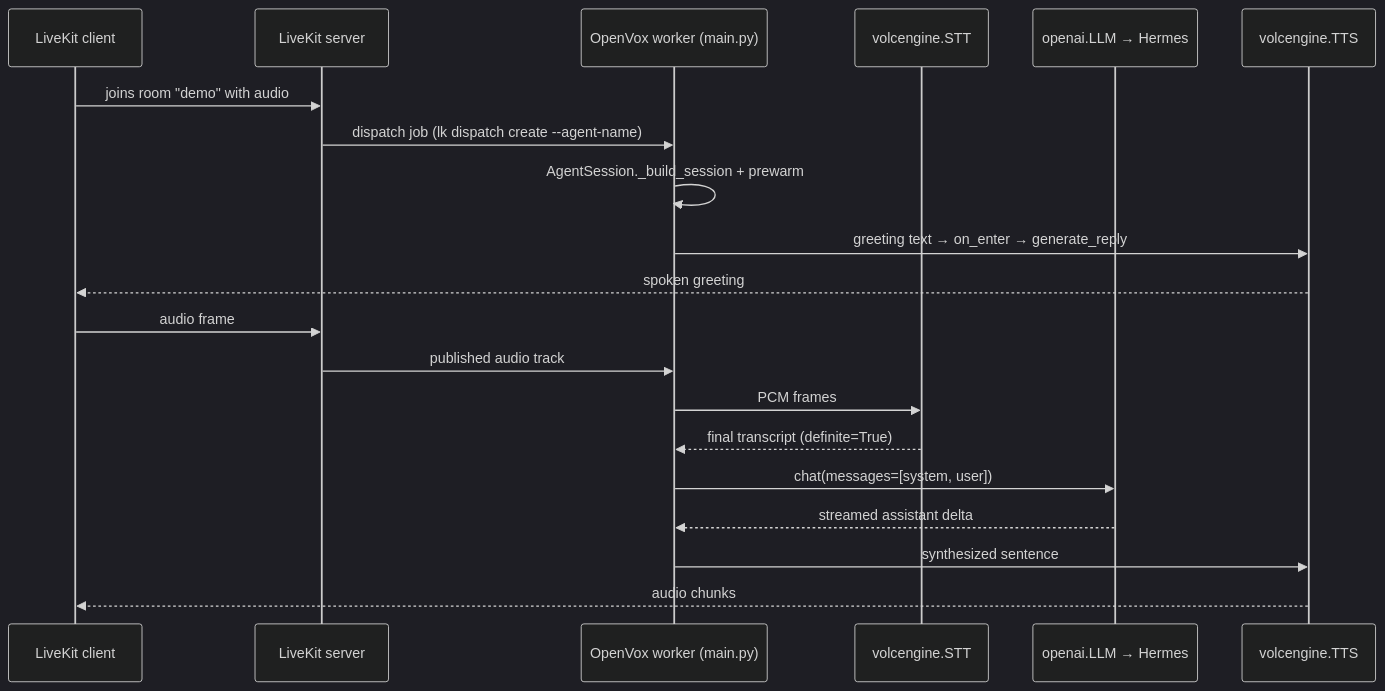
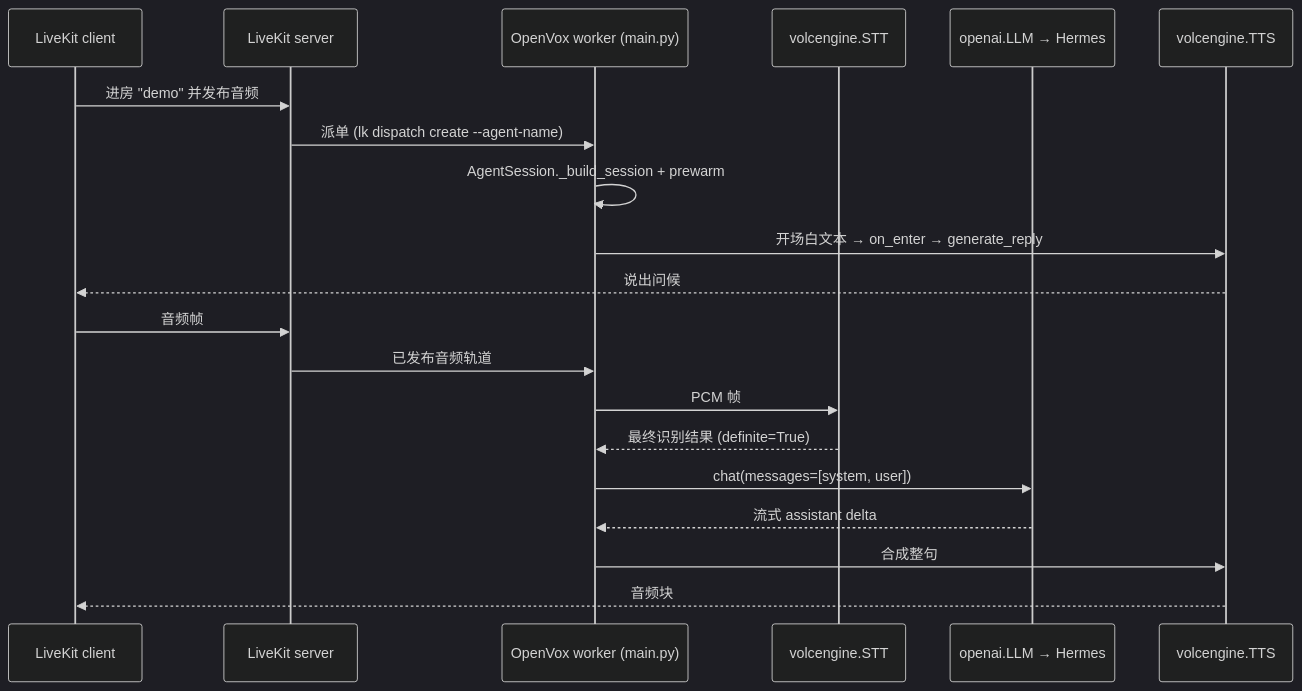
The diagram in openwiki/quickstart.md (blankPen/OpenVox), drawn with Mermaid (dark theme) before and after one commit. The commit also changed other lines of this file and 14 other files, not shown here.

````diff
--- a/openwiki/quickstart.md
+++ b/openwiki/quickstart.md
@@ -16,22 +16,22 @@
 ```mermaid
 sequenceDiagram
     participant Client as LiveKit client
     participant Server as LiveKit server
     participant Worker as OpenVox worker (main.py)
     participant STT as volcengine.STT
     participant LLM as openai.LLM → Hermes
     participant TTS as volcengine.TTS
-    Client->>Server: joins room "demo" with audio
-    Server->>Worker: dispatch job (lk dispatch create --agent-name)
+    Client->>Server: 进房 "demo" 并发布音频
+    Server->>Worker: 派单 (lk dispatch create --agent-name)
     Worker->>Worker: AgentSession._build_session + prewarm
-    Worker->>TTS: greeting text → on_enter → generate_reply
-    TTS-->>Client: spoken greeting
-    Client->>Server: audio frame
-    Server->>Worker: published audio track
-    Worker->>STT: PCM frames
-    STT-->>Worker: final transcript (definite=True)
+    Worker->>TTS: 开场白文本 → on_enter → generate_reply
+    TTS-->>Client: 说出问候
+    Client->>Server: 音频帧
+    Server->>Worker: 已发布音频轨道
+    Worker->>STT: PCM 帧
+    STT-->>Worker: 最终识别结果 (definite=True)
     Worker->>LLM: chat(messages=[system, user])
-    LLM-->>Worker: streamed assistant delta
-    Worker->>TTS: synthesized sentence
-    TTS-->>Client: audio chunks
+    LLM-->>Worker: 流式 assistant delta
+    Worker->>TTS: 合成整句
+    TTS-->>Client: 音频块
 ```
````
